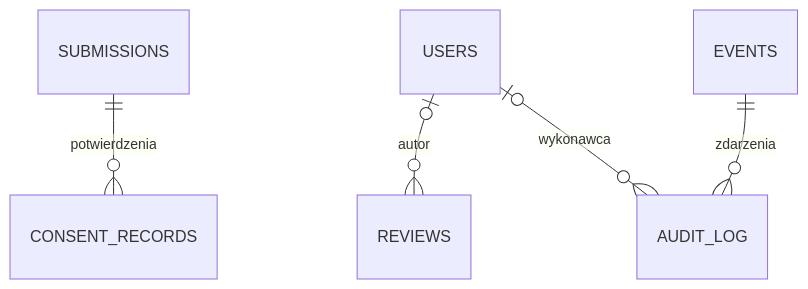
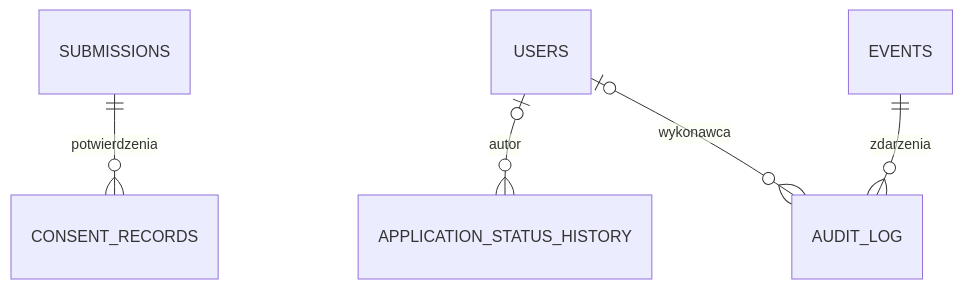
One commit to Krasny-Lis/ursunalia-character-generator changed the third of 4 diagrams in docs/architecture/DATA_MODEL.md. Above: the diagram before and after it, drawn with Mermaid. The commit also changed other lines of this file, not shown here.

````diff
--- a/docs/architecture/DATA_MODEL.md
+++ b/docs/architecture/DATA_MODEL.md
@@ -84,7 +85,7 @@
 ```mermaid
 erDiagram
     SUBMISSIONS ||--o{ CONSENT_RECORDS : potwierdzenia
-    USERS o|--o{ REVIEWS : autor
+    USERS o|--o{ APPLICATION_STATUS_HISTORY : autor
     EVENTS ||--o{ AUDIT_LOG : zdarzenia
     USERS o|--o{ AUDIT_LOG : wykonawca
 ```
````
